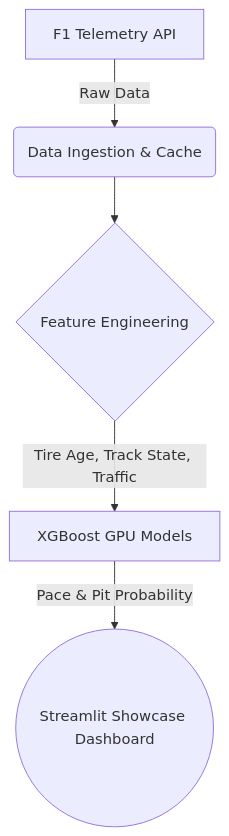
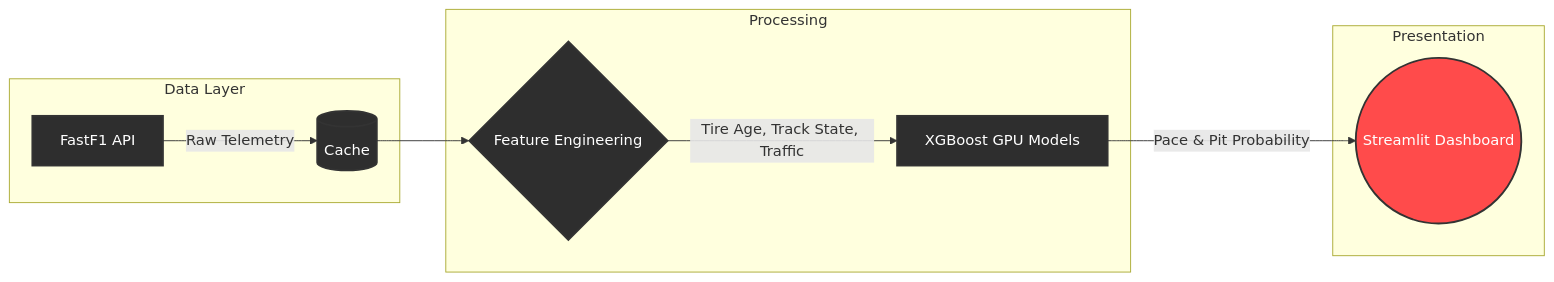
The diagram in README.md (Technomaniac143/PitPredict), drawn with Mermaid before and after one commit. The commit also changed other lines of this file and 8 other files, not shown here.

````diff
--- a/README.md
+++ b/README.md
@@ -21,7 +45,20 @@
 ```mermaid
-graph TD
-    A[F1 Telemetry API] -->|Raw Data| B(Data Ingestion & Cache)
-    B --> C{Feature Engineering}
-    C -->|Tire Age, Track State, Traffic| D[XGBoost GPU Models]
-    D -->|Pace & Pit Probability| E((Streamlit Showcase Dashboard))
+flowchart LR
+    subgraph Data Layer
+        A[FastF1 API] -->|Raw Telemetry| B[(Cache)]
+    end
+    
+    subgraph Processing
+        B --> C{Feature Engineering}
+        C -->|Tire Age, Track State, Traffic| D[XGBoost GPU Models]
+    end
+    
+    subgraph Presentation
+        D -->|Pace & Pit Probability| E((Streamlit Dashboard))
+    end
+    
+    classDef primary fill:#ff4b4b,stroke:#333,stroke-width:2px,color:#fff;
+    classDef secondary fill:#2e2e2e,stroke:#333,stroke-width:2px,color:#fff;
+    class E primary;
+    class A,B,C,D secondary;
 ```
````
